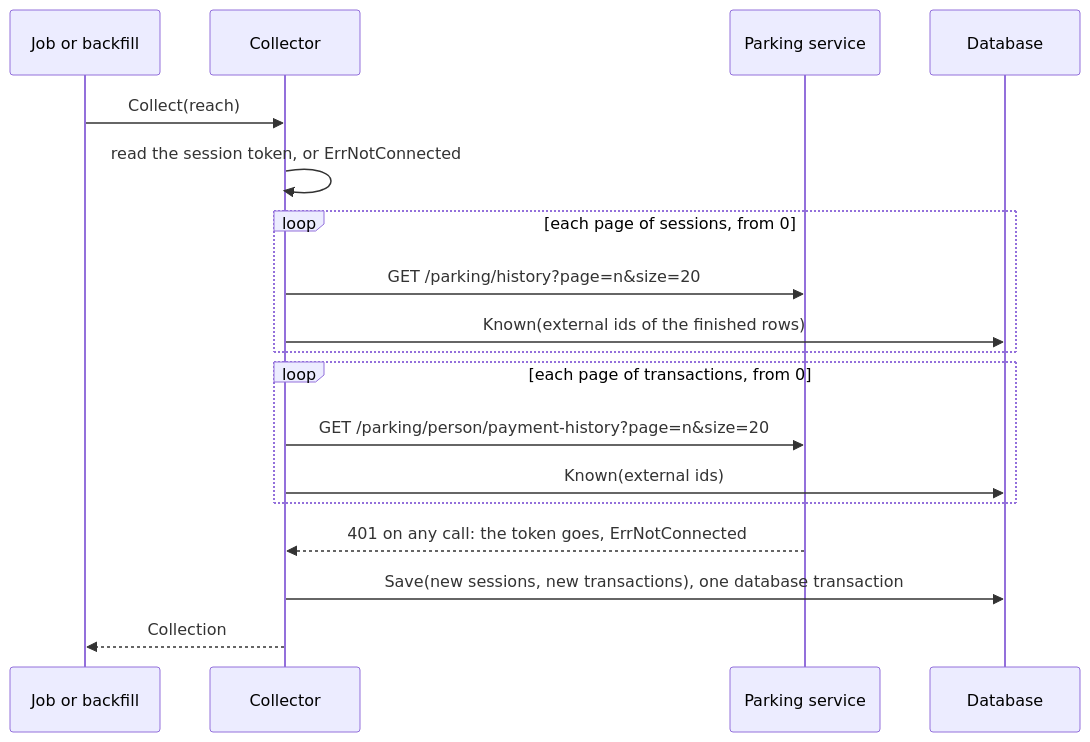
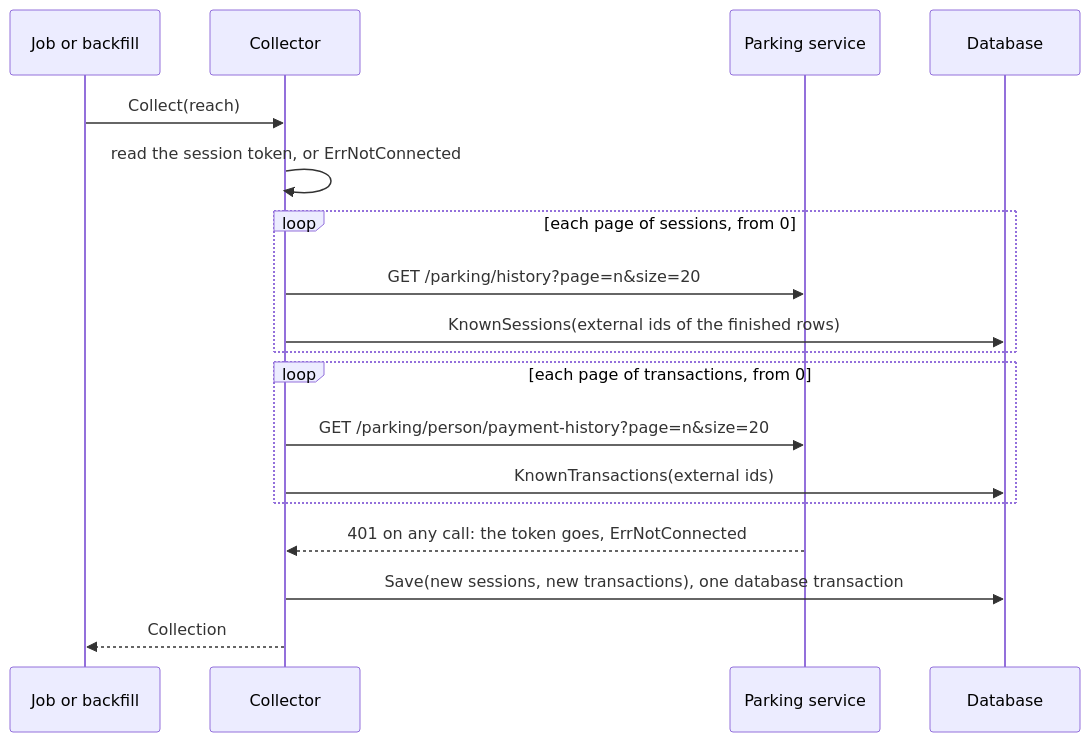
Before and after one commit to ABGEO/maroid: the second of 2 diagrams in specs/features/parkhist/spec.md, drawn with Mermaid. The commit also changed other lines of this file, not shown here.

Commit message:
docs(specs): name the history client and the known reads of the store

````diff
--- a/specs/features/parkhist/spec.md
+++ b/specs/features/parkhist/spec.md
@@ -193,20 +193,20 @@
 ```mermaid
 sequenceDiagram
     participant J as Job or backfill
     participant C as Collector
     participant P as Parking service
     participant D as Database
     J->>C: Collect(reach)
     C->>C: read the session token, or ErrNotConnected
     loop each page of sessions, from 0
         C->>P: GET /parking/history?page=n&size=20
-        C->>D: Known(external ids of the finished rows)
+        C->>D: KnownSessions(external ids of the finished rows)
     end
     loop each page of transactions, from 0
         C->>P: GET /parking/person/payment-history?page=n&size=20
-        C->>D: Known(external ids)
+        C->>D: KnownTransactions(external ids)
     end
     P-->>C: 401 on any call: the token goes, ErrNotConnected
     C->>D: Save(new sessions, new transactions), one database transaction
     C-->>J: Collection
 ```
````
